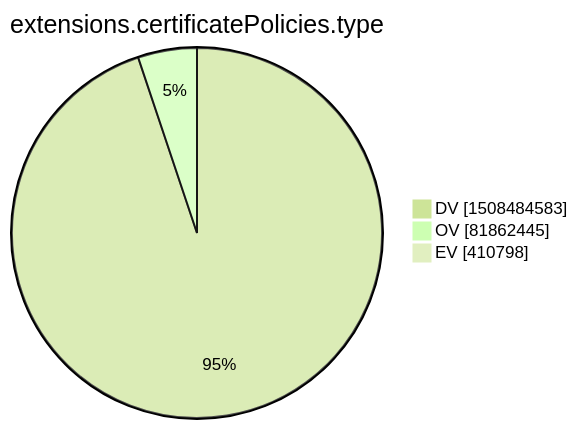
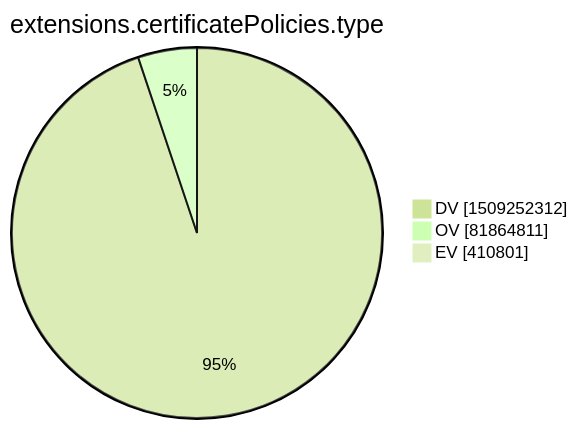
One commit to christiankrug/ctmonitor_visualization changed the tenth of 15 diagrams in xenon2022/README.md. Above: the diagram before and after it, drawn with Mermaid (forest theme). The commit also changed other lines of this file, not shown here.

````diff
--- a/xenon2022/README.md
+++ b/xenon2022/README.md
@@ -2875,7 +2875,7 @@
 ```mermaid
 pie showData
 title extensions.certificatePolicies.type
-"DV" :1508484583
-"OV" :81862445
-"EV" :410798
+"DV" :1509252312
+"OV" :81864811
+"EV" :410801
 ```
````
